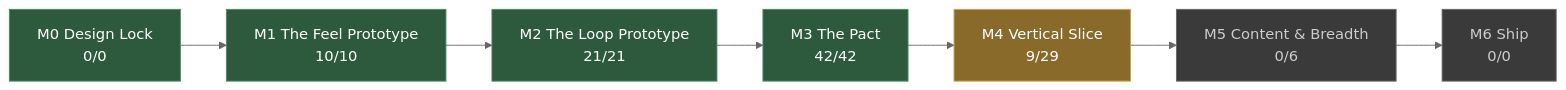
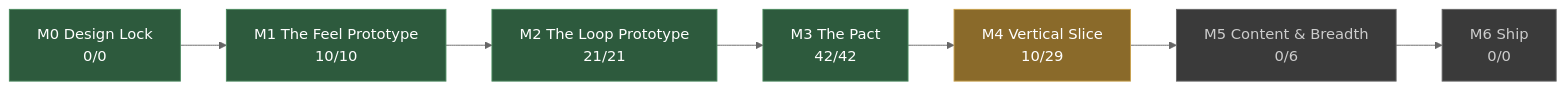
The diagram in docs/STATUS.md (JoshuaGessner/she), drawn with Mermaid (neutral theme) before and after one commit. The commit also changed other lines of this file and 5 other files, not shown here.

````diff
--- a/docs/STATUS.md
+++ b/docs/STATUS.md
@@ -13,19 +13,19 @@
 ```mermaid
 flowchart LR
   M0["M0 Design Lock<br/>0/0"]:::passed
   M1["M1 The Feel Prototype<br/>10/10"]:::passed
   M0 --> M1
   M2["M2 The Loop Prototype<br/>21/21"]:::passed
   M1 --> M2
   M3["M3 The Pact<br/>42/42"]:::passed
   M2 --> M3
-  M4["M4 Vertical Slice<br/>9/29"]:::current
+  M4["M4 Vertical Slice<br/>10/29"]:::current
   M3 --> M4
   M5["M5 Content & Breadth<br/>0/6"]:::ahead
   M4 --> M5
   M6["M6 Ship<br/>0/0"]:::ahead
   M5 --> M6
   classDef passed fill:#2d5a3d,stroke:#4a8a5f,color:#fff
   classDef current fill:#8a6a2a,stroke:#c8a04a,color:#fff
   classDef ahead fill:#3a3a3a,stroke:#666,color:#ccc
 ```
````
